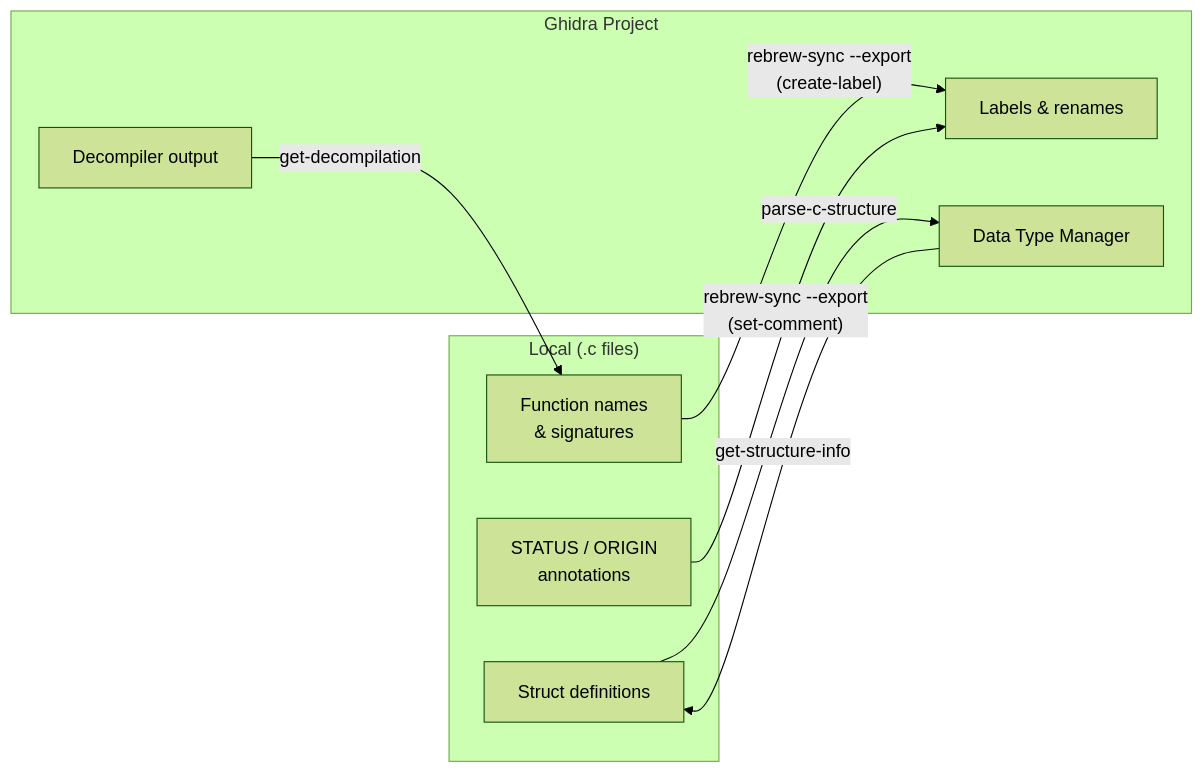
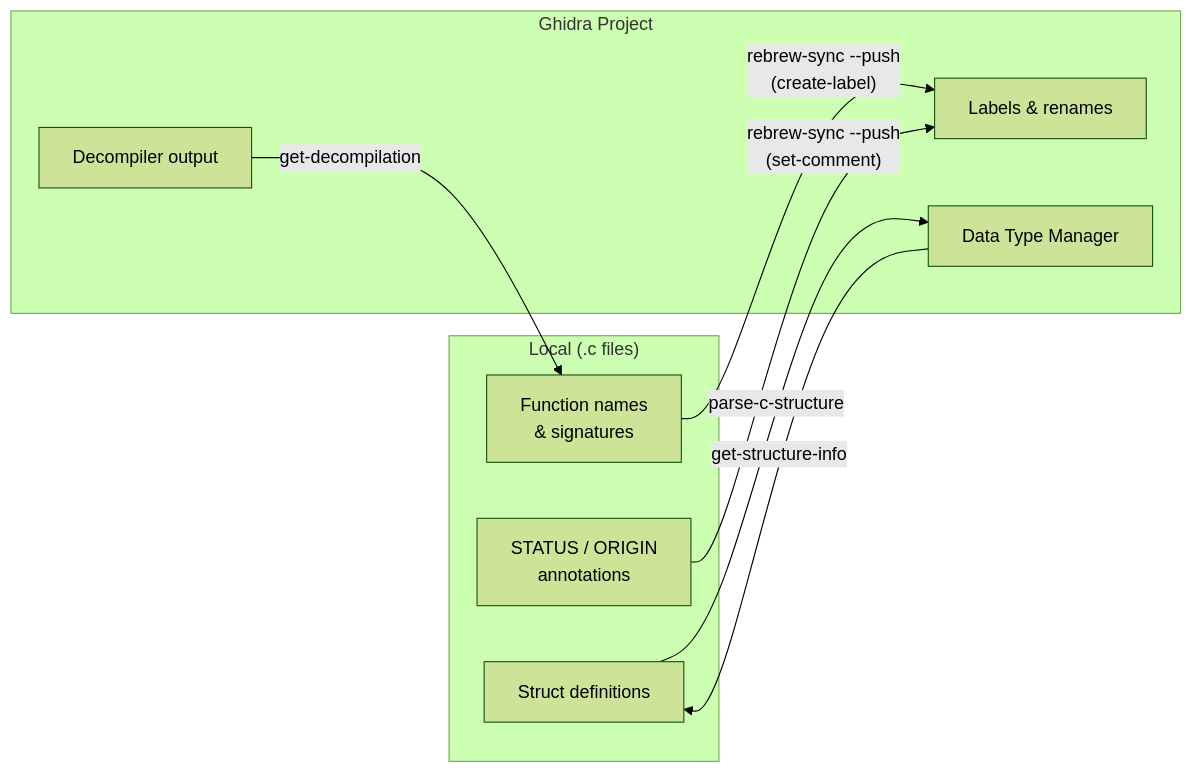
One commit to maci0/rebrew changed the eighth of 16 diagrams in docs/USER_STORIES.md. Above: the diagram before and after it, drawn with Mermaid (forest theme). The commit also changed other lines of this file and 98 other files, not shown here.

````diff
--- a/docs/USER_STORIES.md
+++ b/docs/USER_STORIES.md
@@ -263,20 +264,20 @@
 ```mermaid
 graph LR
     subgraph "Local (.c files)"
         L1["Function names<br/>& signatures"]
         L2["Struct definitions"]
         L3["STATUS / ORIGIN<br/>annotations"]
     end
 
     subgraph "Ghidra Project"
         G1["Labels & renames"]
         G2["Data Type Manager"]
         G3["Decompiler output"]
     end
 
-    L1 -->|"rebrew-sync --export<br/>(create-label)"| G1
-    L3 -->|"rebrew-sync --export<br/>(set-comment)"| G1
+    L1 -->|"rebrew-sync --push<br/>(create-label)"| G1
+    L3 -->|"rebrew-sync --push<br/>(set-comment)"| G1
     L2 -->|"parse-c-structure"| G2
     G3 -->|"get-decompilation"| L1
     G2 -->|"get-structure-info"| L2
 ```
````
